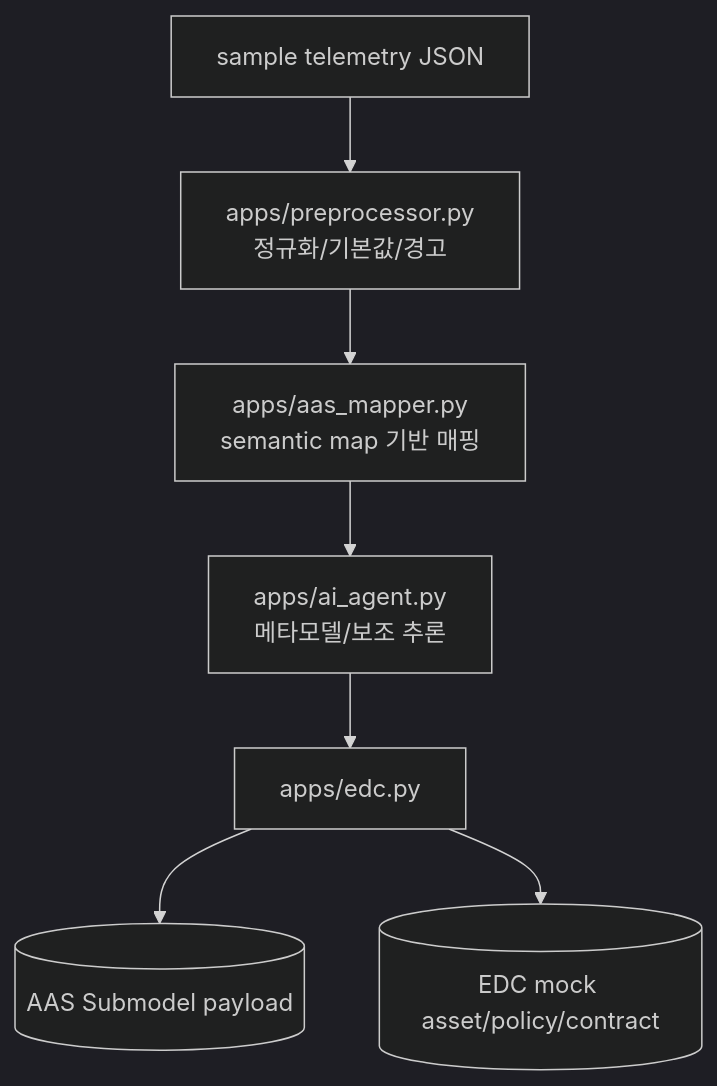
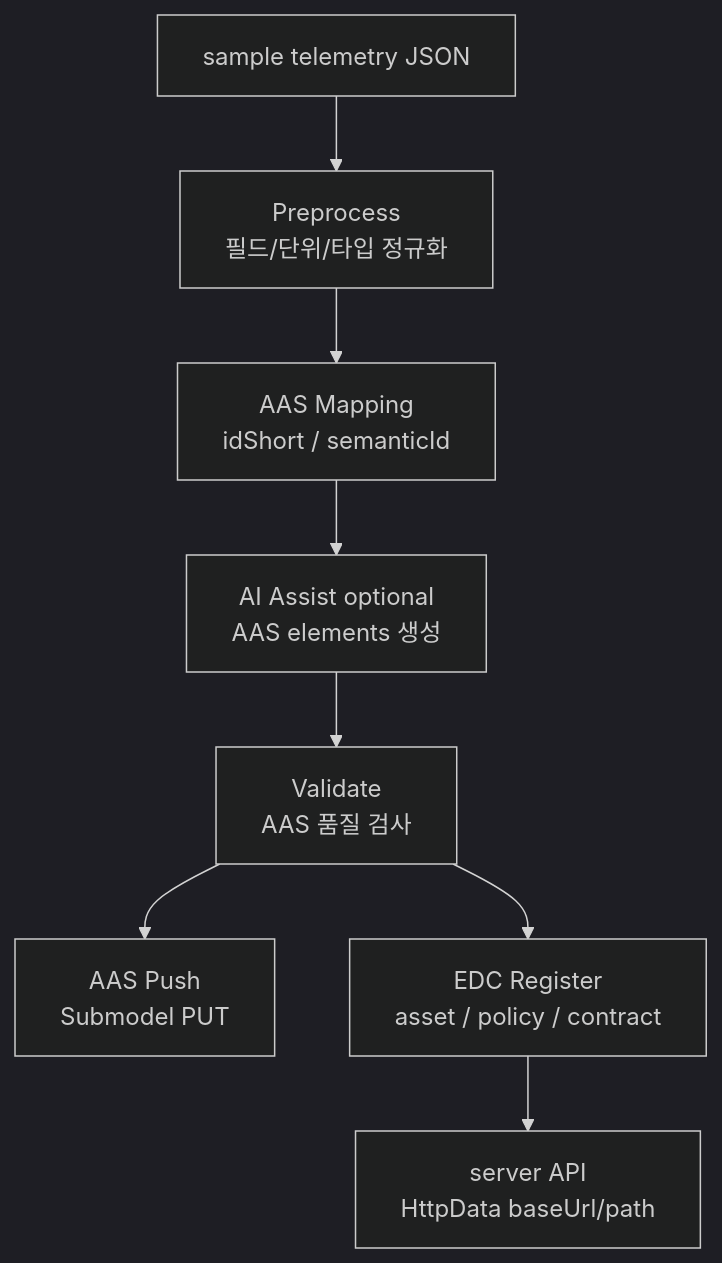
One commit to sayoon01/catenax-cobot-dataspace changed the fourth of 4 diagrams in README.md. Above: the diagram before and after it, drawn with Mermaid (dark theme). The commit also changed other lines of this file and 3 other files, not shown here.

First line of the commit message:
docs: expand pipeline and EDC flow documentation

````diff
--- a/README.md
+++ b/README.md
@@ -95,9 +97,10 @@
 ```mermaid
 flowchart TD
-    IN[sample telemetry JSON] --> P1[apps/preprocessor.py<br/>정규화/기본값/경고]
-    P1 --> M1[apps/aas_mapper.py<br/>semantic map 기반 매핑]
-    M1 --> A1[apps/ai_agent.py<br/>메타모델/보조 추론]
-    A1 --> E1[apps/edc.py]
-    E1 --> OUT1[(AAS Submodel payload)]
-    E1 --> OUT2[(EDC mock asset/policy/contract)]
+    IN[sample telemetry JSON] --> P1[Preprocess<br/>필드/단위/타입 정규화]
+    P1 --> M1[AAS Mapping<br/>idShort / semanticId]
+    M1 --> A1[AI Assist optional<br/>AAS elements 생성]
+    A1 --> V1[Validate<br/>AAS 품질 검사]
+    V1 --> AAS[AAS Push<br/>Submodel PUT]
+    V1 --> EDC[EDC Register<br/>asset / policy / contract]
+    EDC --> API[server API<br/>HttpData baseUrl/path]
 ```
````
